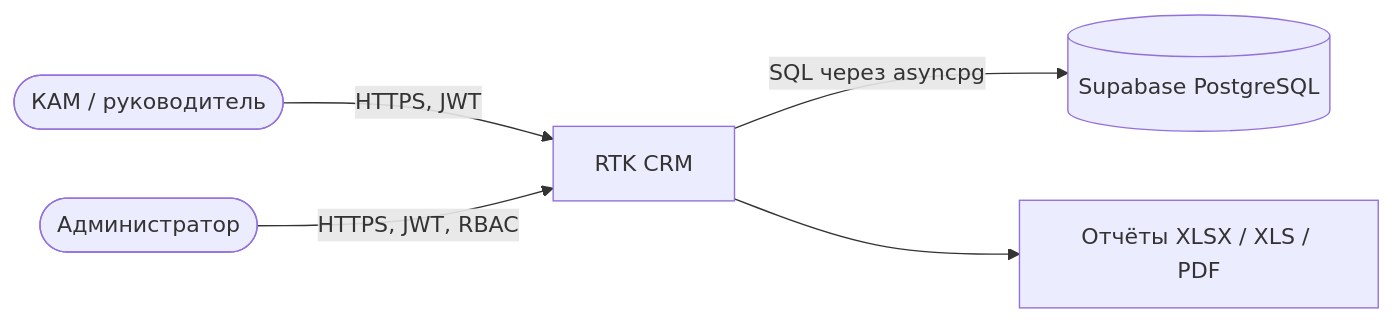
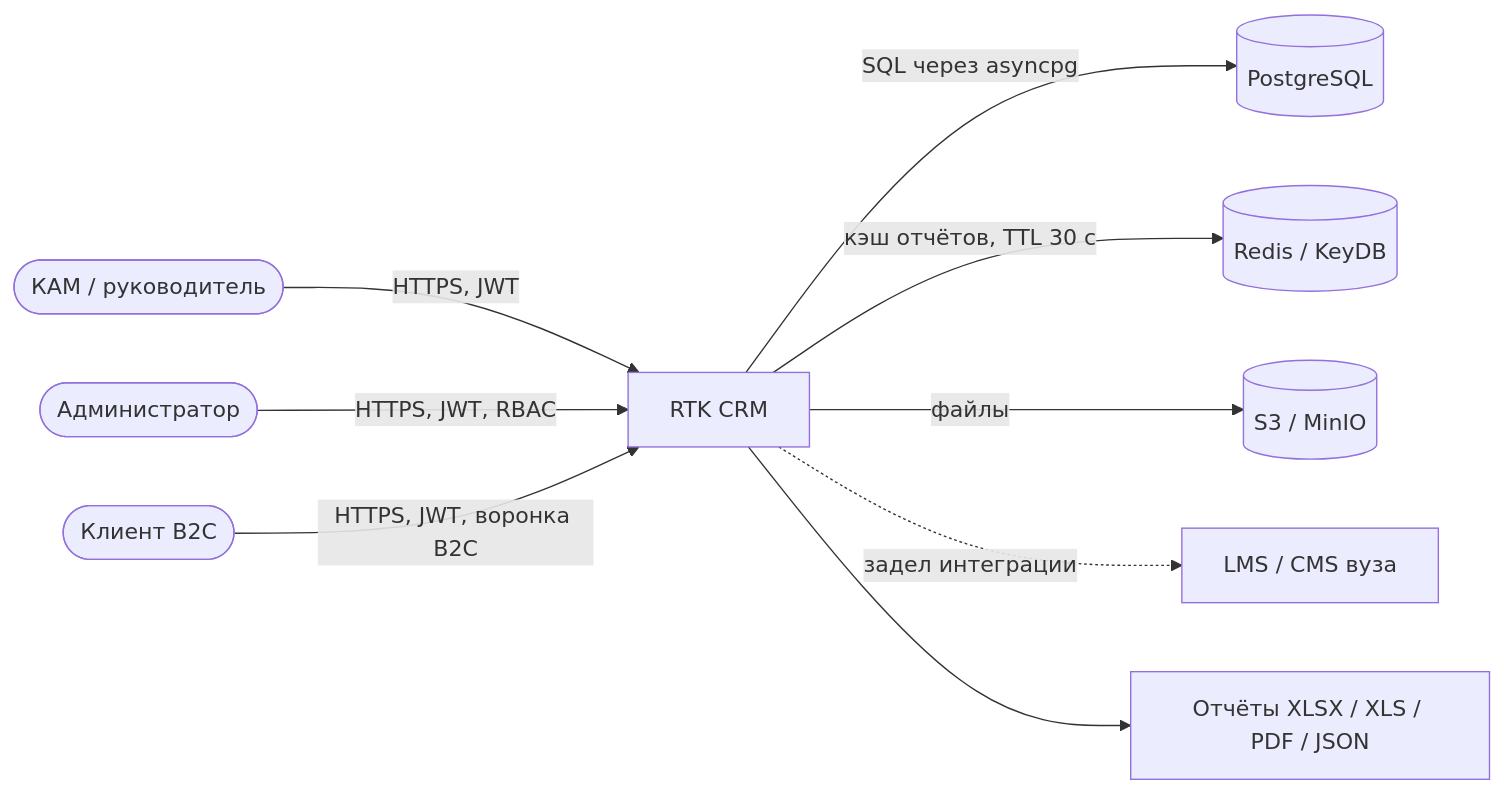
The diagram in docs/architecture/c4-context.md (Pavel1778/rtk-crm), drawn with Mermaid before and after one commit. The commit also changed other lines of this file and 10 other files, not shown here.

Commit message:
docs: архитектура (functional, ER, масштабирование), отчёт верификации и pitch

````diff
--- a/docs/architecture/c4-context.md
+++ b/docs/architecture/c4-context.md
@@ -3,13 +3,21 @@
 ```mermaid
 flowchart LR
     kam([КАМ / руководитель])
     admin([Администратор])
+    b2c([Клиент B2C])
     crm[RTK CRM]
-    db[(Supabase PostgreSQL)]
-    export[Отчёты XLSX / XLS / PDF]
+    db[(PostgreSQL)]
+    cache[(Redis / KeyDB)]
+    files[(S3 / MinIO)]
+    lms[LMS / CMS вуза]
+    export[Отчёты XLSX / XLS / PDF / JSON]
 
     kam -->|HTTPS, JWT| crm
     admin -->|HTTPS, JWT, RBAC| crm
+    b2c -->|HTTPS, JWT, воронка B2C| crm
     crm -->|SQL через asyncpg| db
+    crm -->|кэш отчётов, TTL 30 с| cache
+    crm -->|файлы| files
+    crm -.->|задел интеграции| lms
     crm --> export
 ```
````
